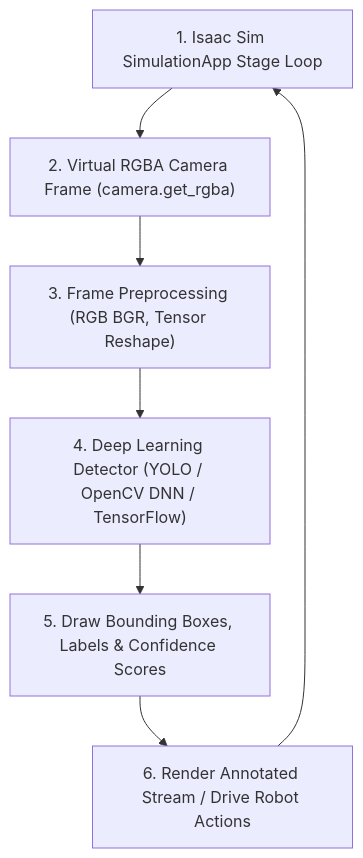
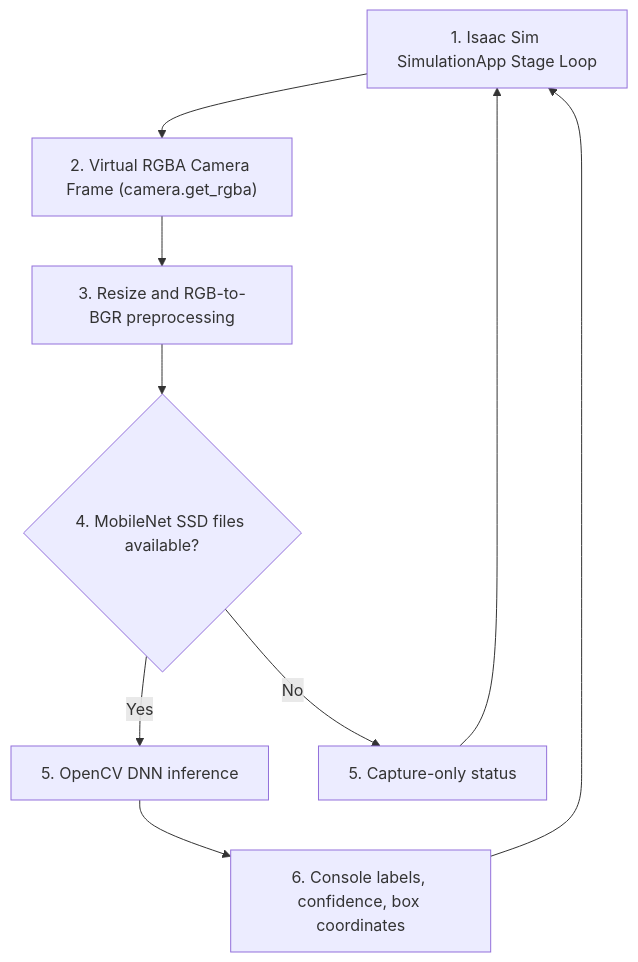
Before and after one commit to robotictang/CSC3034: the second of 2 diagrams in src/lab8b.md, drawn with Mermaid. The commit also changed other lines of this file and 109 other files, not shown here.

````diff
--- a/src/lab8b.md
+++ b/src/lab8b.md
@@ -162,9 +171,11 @@
 ```mermaid
 graph TD
     App["1. Isaac Sim SimulationApp Stage Loop"] --> Cam["2. Virtual RGBA Camera Frame (camera.get_rgba)"]
-    Cam --> CV["3. Frame Preprocessing (RGB BGR, Tensor Reshape)"]
-    CV --> Model["4. Deep Learning Detector (YOLO / OpenCV DNN / TensorFlow)"]
-    Model --> Box["5. Draw Bounding Boxes, Labels & Confidence Scores"]
-    Box --> Display["6. Render Annotated Stream / Drive Robot Actions"]
-    Display --> App
+    Cam --> CV["3. Resize and RGB-to-BGR preprocessing"]
+    CV --> Model{"4. MobileNet SSD files available?"}
+    Model -->|Yes| Detect["5. OpenCV DNN inference"]
+    Model -->|No| Capture["5. Capture-only status"]
+    Detect --> Console["6. Console labels, confidence, box coordinates"]
+    Capture --> App
+    Console --> App
 ```
````
